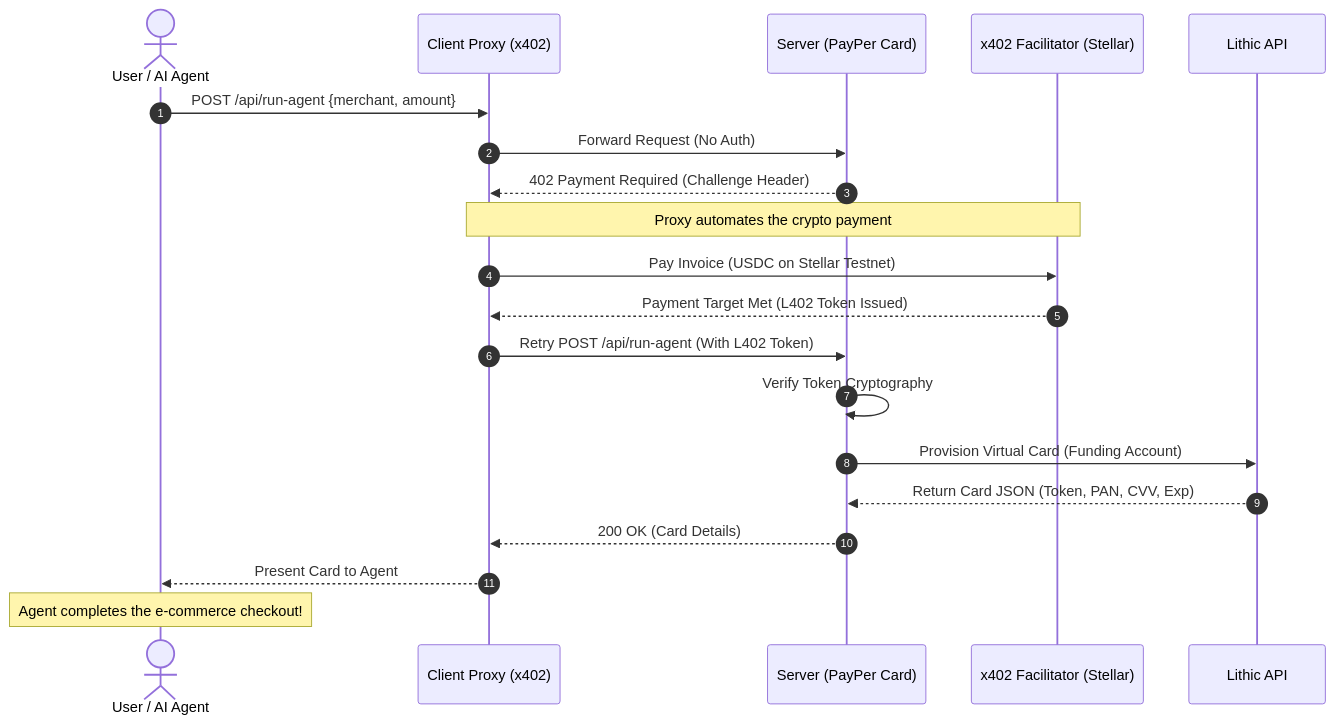
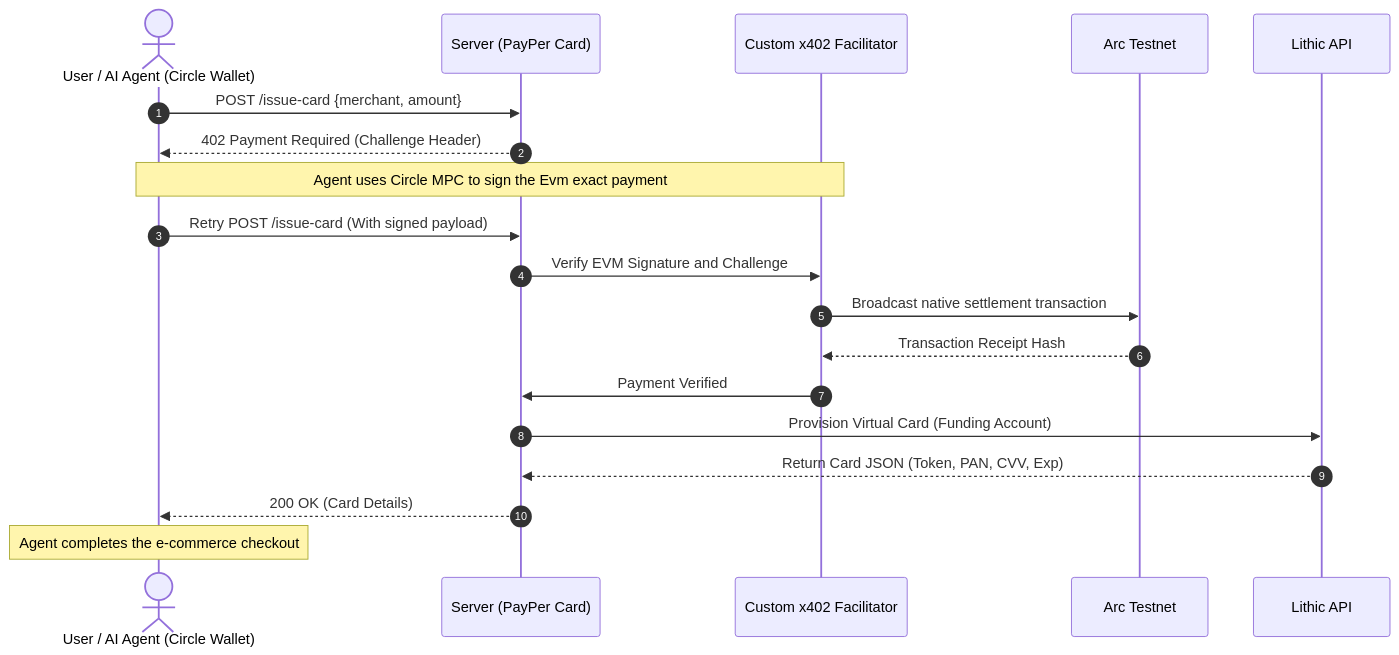
Before and after one commit to rizwanmoulvi/payper-card: the diagram in README.md, drawn with Mermaid. The commit also changed other lines of this file, not shown here.

Commit message:
docs(readme): rewrite for arc network, custom facilitator, and circle mcp wallets without emojis

````diff
--- a/README.md
+++ b/README.md
@@ -21,26 +27,25 @@
 ```mermaid
 sequenceDiagram
     autonumber
-    actor U as User / AI Agent
-    participant P as Client Proxy (x402)
+    actor U as User / AI Agent (Circle Wallet)
     participant S as Server (PayPer Card)
-    participant F as x402 Facilitator (Stellar)
+    participant F as Custom x402 Facilitator
+    participant Arc as Arc Testnet
     participant L as Lithic API
 
-    U->>P: POST /api/run-agent {merchant, amount}
-    P->>S: Forward Request (No Auth)
-    S-->>P: 402 Payment Required (Challenge Header)
+    U->>S: POST /issue-card {merchant, amount}
+    S-->>U: 402 Payment Required (Challenge Header)
     
-    Note over P,F: Proxy automates the crypto payment
-    P->>F: Pay Invoice (USDC on Stellar Testnet)
-    F-->>P: Payment Target Met (L402 Token Issued)
+    Note over U,F: Agent uses Circle MPC to sign the Evm exact payment
+    U->>S: Retry POST /issue-card (With signed payload)
+    S->>F: Verify EVM Signature and Challenge
+    F->>Arc: Broadcast native settlement transaction
+    Arc-->>F: Transaction Receipt Hash
     
-    P->>S: Retry POST /api/run-agent (With L402 Token)
-    S->>S: Verify Token Cryptography
+    F->>S: Payment Verified
     S->>L: Provision Virtual Card (Funding Account)
     L-->>S: Return Card JSON (Token, PAN, CVV, Exp)
-    S-->>P: 200 OK (Card Details)
-    P-->>U: Present Card to Agent
+    S-->>U: 200 OK (Card Details)
     
-    Note over U: Agent completes the e-commerce checkout!
+    Note over U: Agent completes the e-commerce checkout
 ```
````
